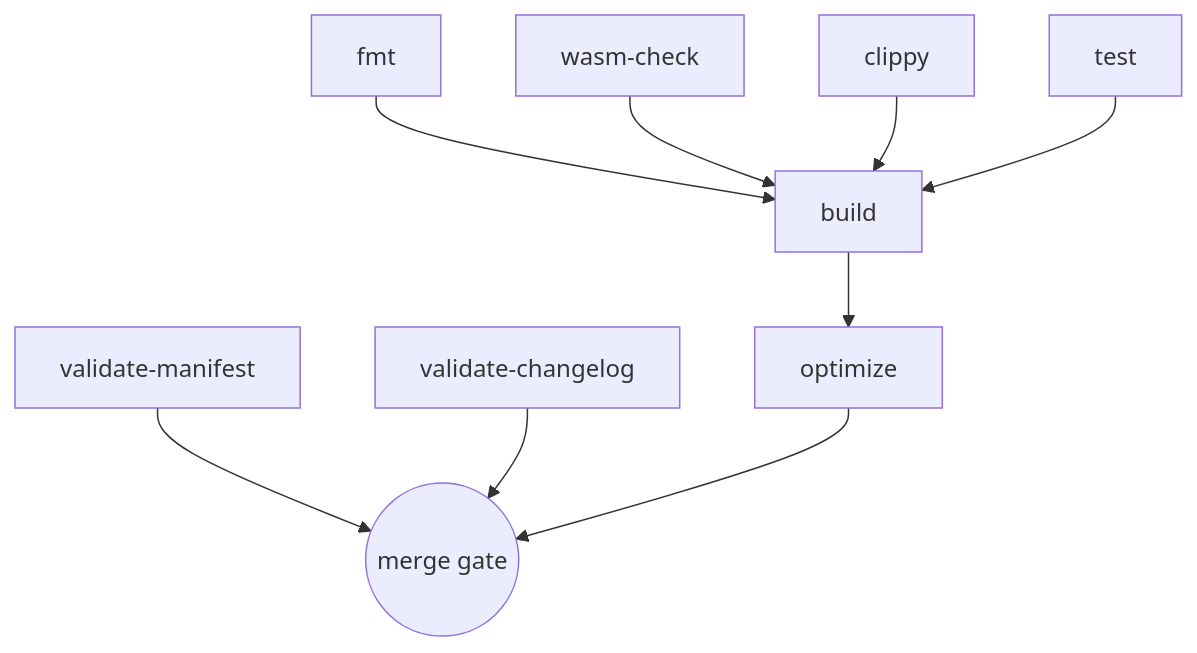
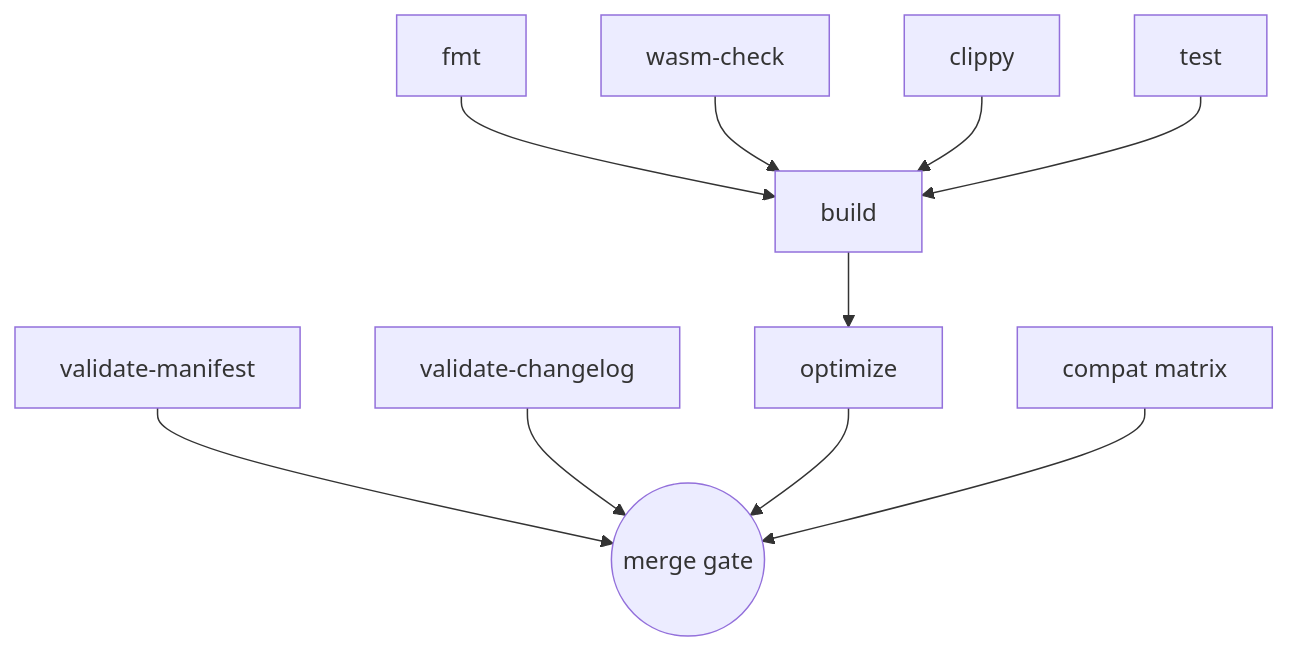
The diagram in docs/CI_CD.md (HubDApp/Dongle-Smartcontract), drawn with Mermaid before and after one commit. The commit also changed other lines of this file and 15 other files, not shown here.

````diff
--- a/docs/CI_CD.md
+++ b/docs/CI_CD.md
@@ -59,11 +59,12 @@
 ```mermaid
 graph TD
     A[validate-manifest] --> Z((merge gate))
     B[validate-changelog] --> Z
     C[fmt] --> BUILD[build]
     D[wasm-check] --> BUILD
     E[clippy] --> BUILD
     F[test] --> BUILD
     BUILD --> OPT[optimize]
     OPT --> Z
+    CM[compat matrix] --> Z
 ```
````
